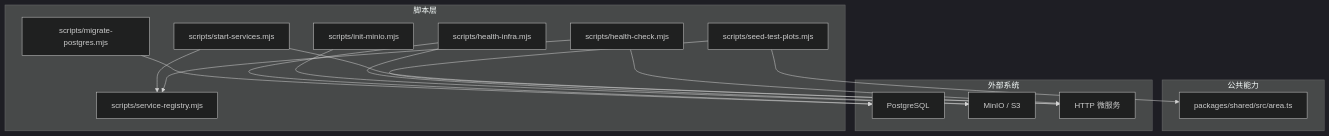
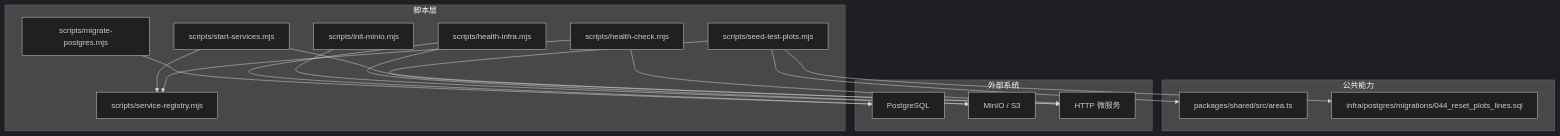
The first of 6 diagrams in .qoder/repowiki/zh/content/基础设施/运维脚本/测试数据管理脚本.md (q446328246/agri-platform), drawn with Mermaid (dark theme) before and after one commit. The commit also changed other lines of this file and 46 other files, not shown here.

````diff
--- a/.qoder/repowiki/zh/content/基础设施/运维脚本/测试数据管理脚本.md
+++ b/.qoder/repowiki/zh/content/基础设施/运维脚本/测试数据管理脚本.md
@@ -41,30 +50,32 @@
 ```mermaid
 graph TB
 subgraph "脚本层"
 A["scripts/seed-test-plots.mjs"]
 B["scripts/migrate-postgres.mjs"]
 C["scripts/init-minio.mjs"]
 D["scripts/start-services.mjs"]
 E["scripts/health-check.mjs"]
 F["scripts/service-registry.mjs"]
 G["scripts/health-infra.mjs"]
 end
 subgraph "公共能力"
 H["packages/shared/src/area.ts"]
+I["infra/postgres/migrations/044_reset_plots_lines.sql"]
 end
 subgraph "外部系统"
-I["PostgreSQL"]
-J["MinIO / S3"]
-K["HTTP 微服务"]
+J["PostgreSQL"]
+K["MinIO / S3"]
+L["HTTP 微服务"]
 end
-A --> K
+A --> L
 A --> H
-B --> I
-C --> J
+A --> I
+B --> J
+C --> K
 D --> F
-D --> K
+D --> L
 E --> F
-E --> K
-G --> I
+E --> L
 G --> J
+G --> K
 ```
````
